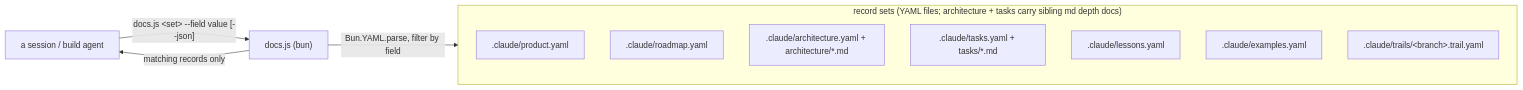
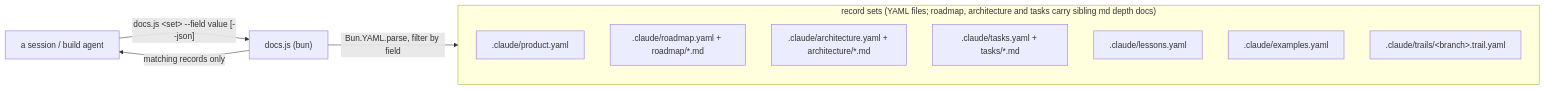
Before and after one commit to outputty/claude-plugin: the diagram in skills/outputty/references/product-template.md, drawn with Mermaid. The commit also changed other lines of this file and 10 other files, not shown here.

First line of the commit message:
Transfer the 2026-08-11 laygo roadmap rework

````diff
--- a/skills/outputty/references/product-template.md
+++ b/skills/outputty/references/product-template.md
@@ -238,15 +248,15 @@
 ```mermaid
 flowchart LR
-    subgraph sets ["record sets (YAML files; architecture + tasks carry sibling md depth docs)"]
+    subgraph sets ["record sets (YAML files; roadmap, architecture and tasks carry sibling md depth docs)"]
         product[".claude/product.yaml"]
-        roadmap[".claude/roadmap.yaml"]
+        roadmap[".claude/roadmap.yaml + roadmap/*.md"]
         architecture[".claude/architecture.yaml + architecture/*.md"]
         tasks[".claude/tasks.yaml + tasks/*.md"]
         lessons[".claude/lessons.yaml"]
         examples[".claude/examples.yaml"]
         trail[".claude/trails/&lt;branch&gt;.trail.yaml"]
     end
     reader["a session / build agent"] -->|"docs.js &lt;set&gt; --field value [--json]"| docsjs["docs.js (bun)"]
     docsjs -->|"Bun.YAML.parse, filter by field"| sets
     docsjs -->|"matching records only"| reader
 ```
````
